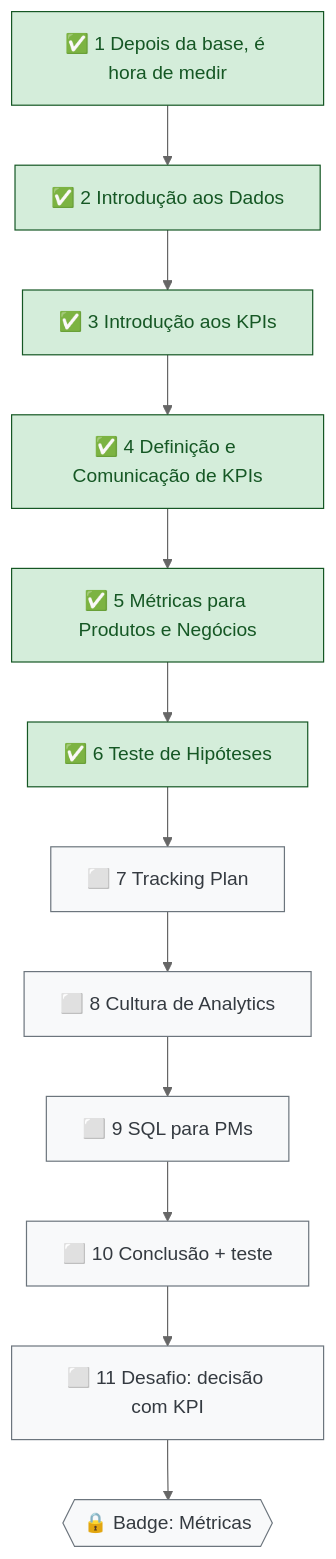
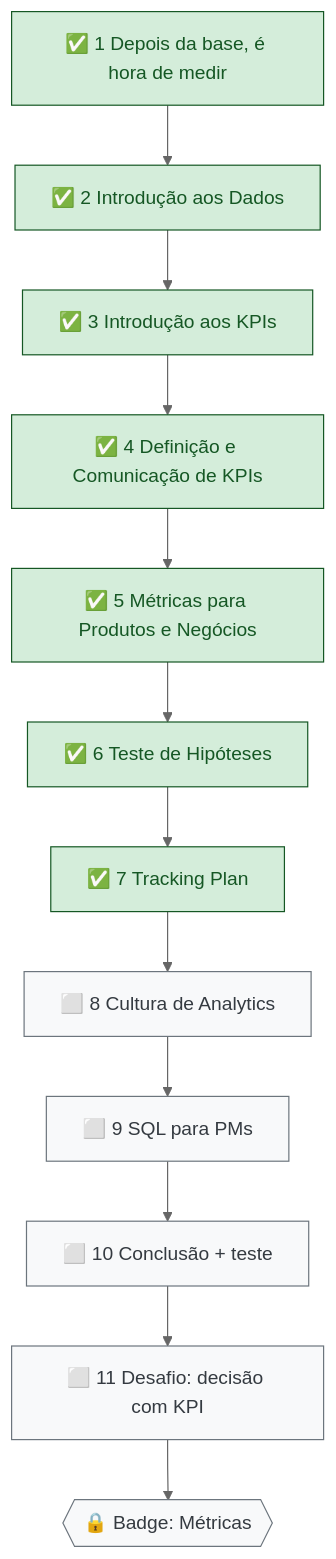
Before and after one commit to letsprown-code/po-learning-journal: the third of 3 diagrams in mapa-de-estudos.md, drawn with Mermaid (neutral theme). The commit also changed other lines of this file and 5 other files, not shown here.

First line of the commit message:
DPL 02 aula 7: Tracking Plan (nota, imagem User ID, glossário, mapa)

```diff
--- a/mapa-de-estudos.md
+++ b/mapa-de-estudos.md
@@ -104,12 +104,12 @@
 ~~~mermaid
 flowchart TD
     N1["✅ 1 Depois da base, é hora de medir"] --> N2["✅ 2 Introdução aos Dados"] --> N3["✅ 3 Introdução aos KPIs"]
     N3 --> N4["✅ 4 Definição e Comunicação de KPIs"] --> N5["✅ 5 Métricas para Produtos e Negócios"] --> N6["✅ 6 Teste de Hipóteses"]
-    N6 --> N7["⬜ 7 Tracking Plan"] --> N8["⬜ 8 Cultura de Analytics"] --> N9["⬜ 9 SQL para PMs"]
+    N6 --> N7["✅ 7 Tracking Plan"] --> N8["⬜ 8 Cultura de Analytics"] --> N9["⬜ 9 SQL para PMs"]
     N9 --> N10["⬜ 10 Conclusão + teste"] --> N11["⬜ 11 Desafio: decisão com KPI"]
     N11 --> B2{{"🔒 Badge: Métricas"}}
     classDef done fill:#d4edda,stroke:#155724,color:#155724
     classDef todo fill:#f8f9fa,stroke:#6c757d,color:#343a40
-    class N1,N2,N3,N4,N5,N6 done
-    class N7,N8,N9,N10,N11,B2 todo
+    class N1,N2,N3,N4,N5,N6,N7 done
+    class N8,N9,N10,N11,B2 todo
 ~~~
```
